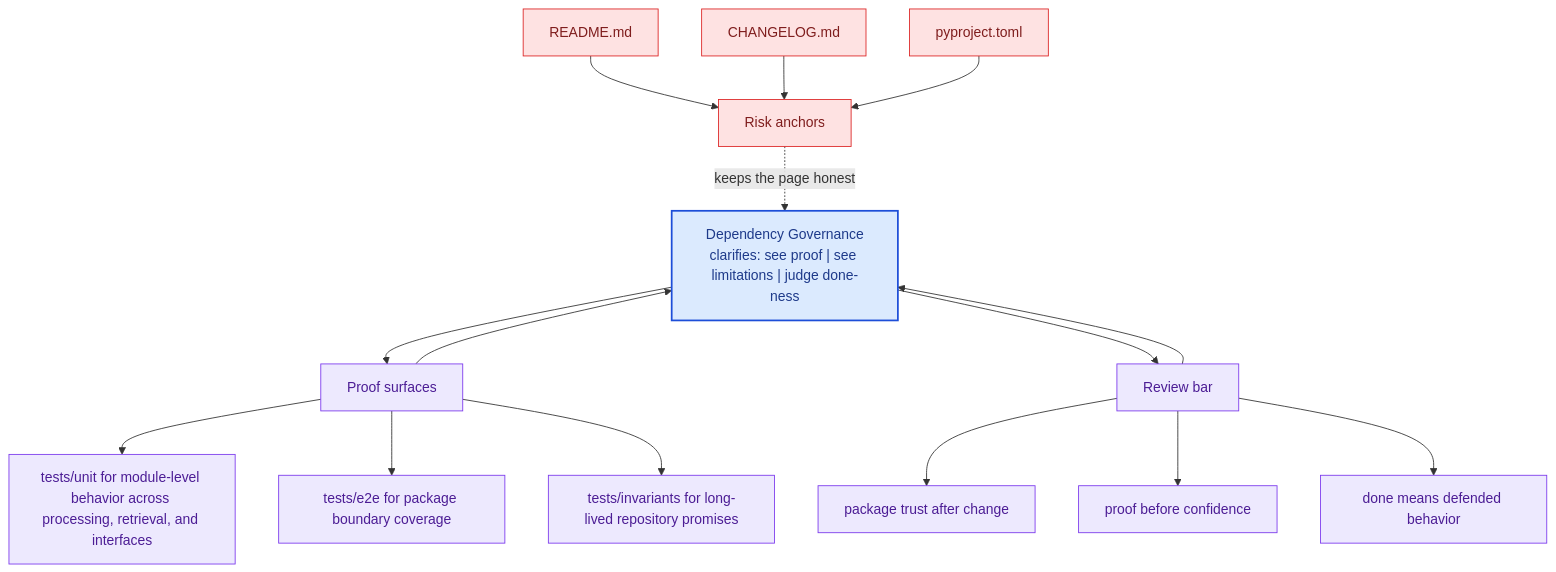
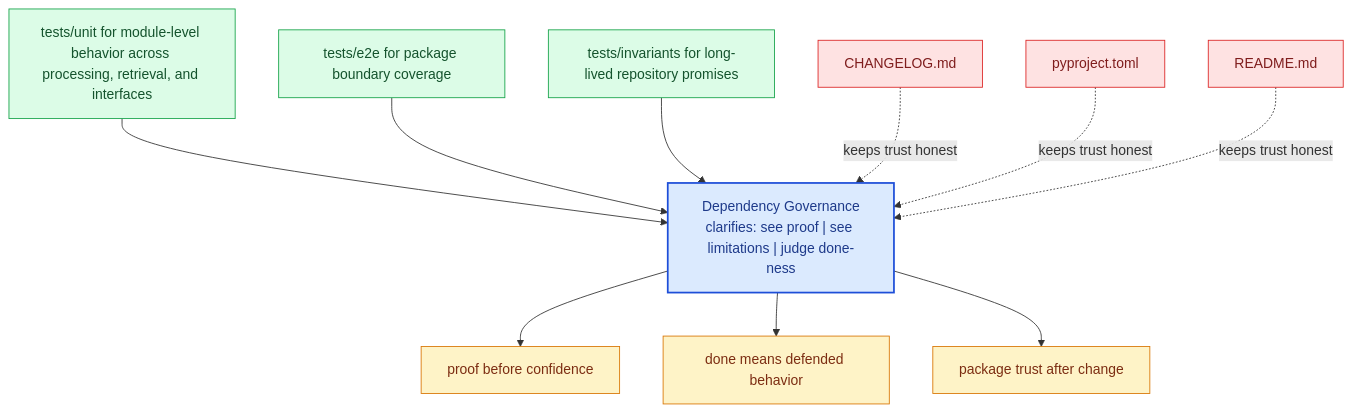
The diagram in docs/bijux-canon-ingest/quality/dependency-governance.md (bijux/bijux-canon), drawn with Mermaid before and after one commit. The commit also changed other lines of this file and 281 other files, not shown here.

Commit message:
docs(diagrams): replace repeated mermaid scaffolds with page-specific summaries

````diff
--- a/docs/bijux-canon-ingest/quality/dependency-governance.md
+++ b/docs/bijux-canon-ingest/quality/dependency-governance.md
@@ -68,41 +23,31 @@
 ```mermaid
 flowchart TB
-    promise["Dependency Governance<br/>clarifies: see proof | see limitations | judge done-ness"]
-    classDef promise fill:#dbeafe,stroke:#1d4ed8,color:#1e3a8a,stroke-width:2px;
-    classDef driver fill:#dcfce7,stroke:#16a34a,color:#14532d;
-    classDef constraint fill:#fee2e2,stroke:#dc2626,color:#7f1d1d;
-    classDef ground fill:#ede9fe,stroke:#7c3aed,color:#4c1d95;
-    focus1["Proof surfaces"]
-    focus1 --> promise
-    promise --> focus1
-    focus1_1["tests/unit for module-level behavior across processing, retrieval, and interfaces"]
-    focus1 --> focus1_1
-    focus1_2["tests/e2e for package boundary coverage"]
-    focus1 --> focus1_2
-    focus1_3["tests/invariants for long-lived repository promises"]
-    focus1 --> focus1_3
-    class focus1 ground;
-    class focus1_1,focus1_2,focus1_3 ground;
-    focus2["Risk anchors"]
-    focus2 -.keeps the page honest.-> promise
-    focus2_1["README.md"]
-    focus2_1 --> focus2
-    focus2_2["CHANGELOG.md"]
-    focus2_2 --> focus2
-    focus2_3["pyproject.toml"]
-    focus2_3 --> focus2
-    class focus2 constraint;
-    class focus2_1,focus2_2,focus2_3 constraint;
-    focus3["Review bar"]
-    focus3 --> promise
-    promise --> focus3
-    focus3_1["package trust after change"]
-    focus3 --> focus3_1
-    focus3_2["proof before confidence"]
-    focus3 --> focus3_2
-    focus3_3["done means defended behavior"]
-    focus3 --> focus3_3
-    class focus3 ground;
-    class focus3_1,focus3_2,focus3_3 ground;
-    class promise promise;
+    page["Dependency Governance<br/>clarifies: see proof | see limitations | judge done-ness"]
+    classDef page fill:#dbeafe,stroke:#1d4ed8,color:#1e3a8a,stroke-width:2px;
+    classDef positive fill:#dcfce7,stroke:#16a34a,color:#14532d;
+    classDef caution fill:#fee2e2,stroke:#dc2626,color:#7f1d1d;
+    classDef anchor fill:#ede9fe,stroke:#7c3aed,color:#4c1d95;
+    classDef action fill:#fef3c7,stroke:#d97706,color:#7c2d12;
+    proof1["tests/unit for module-level behavior across processing, retrieval, and interfaces"]
+    proof1 --> page
+    proof2["tests/e2e for package boundary coverage"]
+    proof2 --> page
+    proof3["tests/invariants for long-lived repository promises"]
+    proof3 --> page
+    risk1["CHANGELOG.md"]
+    risk1 -.keeps trust honest.-> page
+    risk2["pyproject.toml"]
+    risk2 -.keeps trust honest.-> page
+    risk3["README.md"]
+    risk3 -.keeps trust honest.-> page
+    bar1["proof before confidence"]
+    page --> bar1
+    bar2["done means defended behavior"]
+    page --> bar2
+    bar3["package trust after change"]
+    page --> bar3
+    class page page;
+    class proof1,proof2,proof3 positive;
+    class risk1,risk2,risk3 caution;
+    class bar1,bar2,bar3 action;
 ```
````
